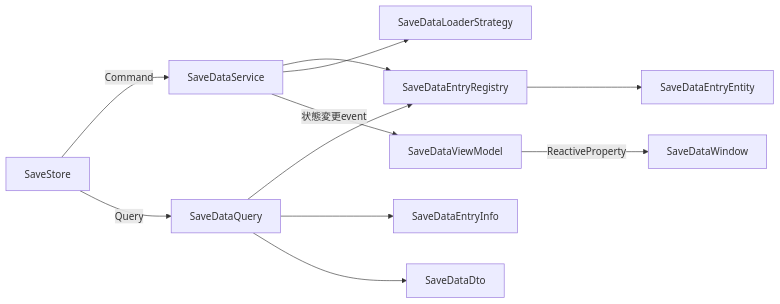
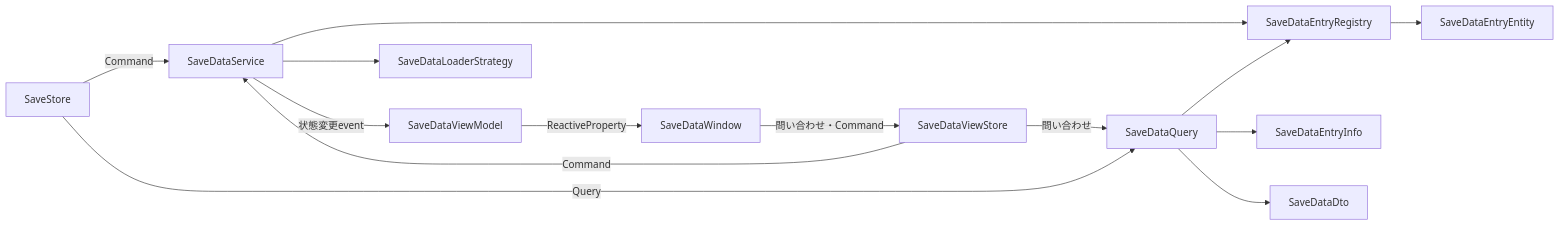
The diagram in Documentation~/Modules/SaveDataSystem.md (HIBIKI5201/SymphonyFramework), drawn with Mermaid before and after one commit. The commit also changed other lines of this file and 28 other files, not shown here.

````diff
--- a/Documentation~/Modules/SaveDataSystem.md
+++ b/Documentation~/Modules/SaveDataSystem.md
@@ -99,13 +107,16 @@
 ```mermaid
 flowchart LR
     Facade["SaveStore"] -->|Command| Service["SaveDataService"]
     Service --> Registry["SaveDataEntryRegistry"]
     Registry --> Entity["SaveDataEntryEntity"]
     Facade -->|Query| Query["SaveDataQuery"]
     Query --> Registry
     Query --> Info["SaveDataEntryInfo"]
     Query --> Dto["SaveDataDto"]
     Service --> Loader["SaveDataLoaderStrategy"]
     Service -->|状態変更event| ViewModel["SaveDataViewModel"]
     ViewModel -->|ReactiveProperty| Window["SaveDataWindow"]
+    Window -->|問い合わせ・Command| ViewStore["SaveDataViewStore"]
+    ViewStore -->|問い合わせ| Query
+    ViewStore -->|Command| Service
 ```
````
